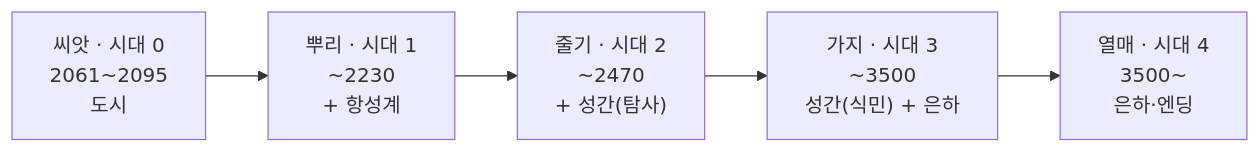
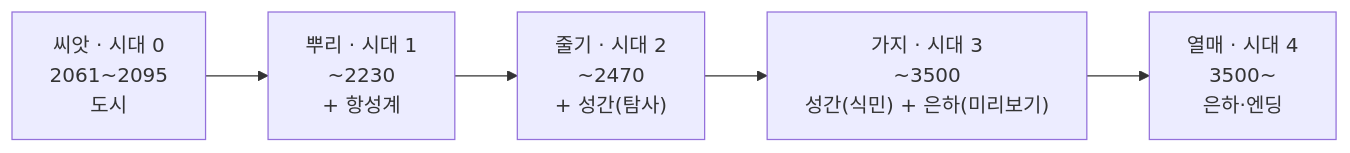
Before and after one commit to squirrel337/SpaceCity: the diagram in docs/design/02-structure-progression.md, drawn with Mermaid. The commit also changed other lines of this file and 20 other files, not shown here.

````diff
--- a/docs/design/02-structure-progression.md
+++ b/docs/design/02-structure-progression.md
@@ -5,7 +5,7 @@
 ```mermaid
 flowchart LR
     S0["씨앗 · 시대 0<br/>2061~2095<br/>도시"] --> S1["뿌리 · 시대 1<br/>~2230<br/>+ 항성계"]
     S1 --> S2["줄기 · 시대 2<br/>~2470<br/>+ 성간(탐사)"]
-    S2 --> S3["가지 · 시대 3<br/>~3500<br/>성간(식민) + 은하"]
+    S2 --> S3["가지 · 시대 3<br/>~3500<br/>성간(식민) + 은하(미리보기)"]
     S3 --> S4["열매 · 시대 4<br/>3500~<br/>은하·엔딩"]
 ```
````
